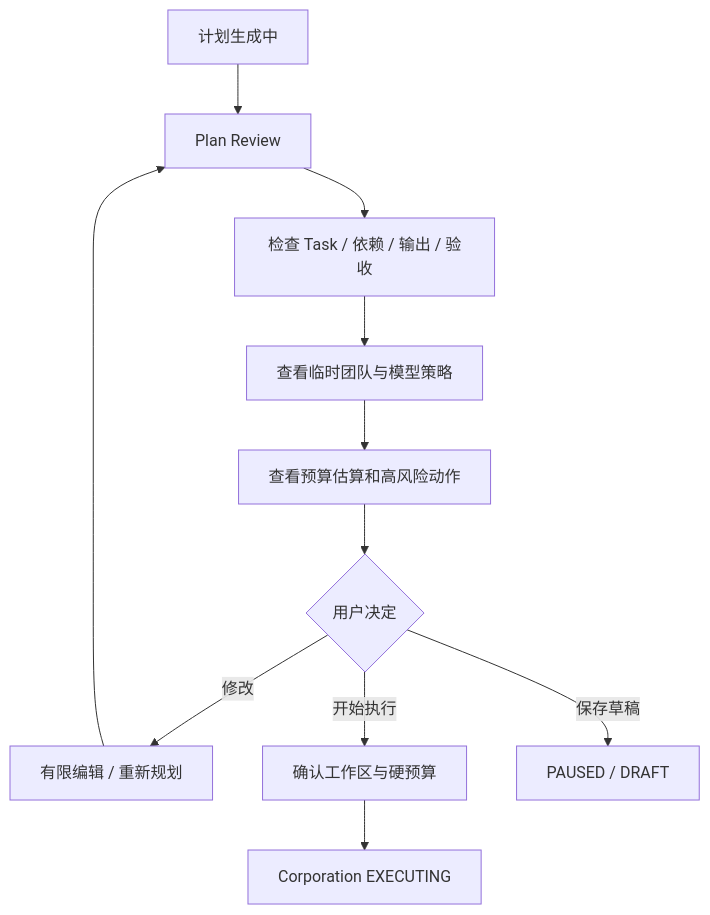
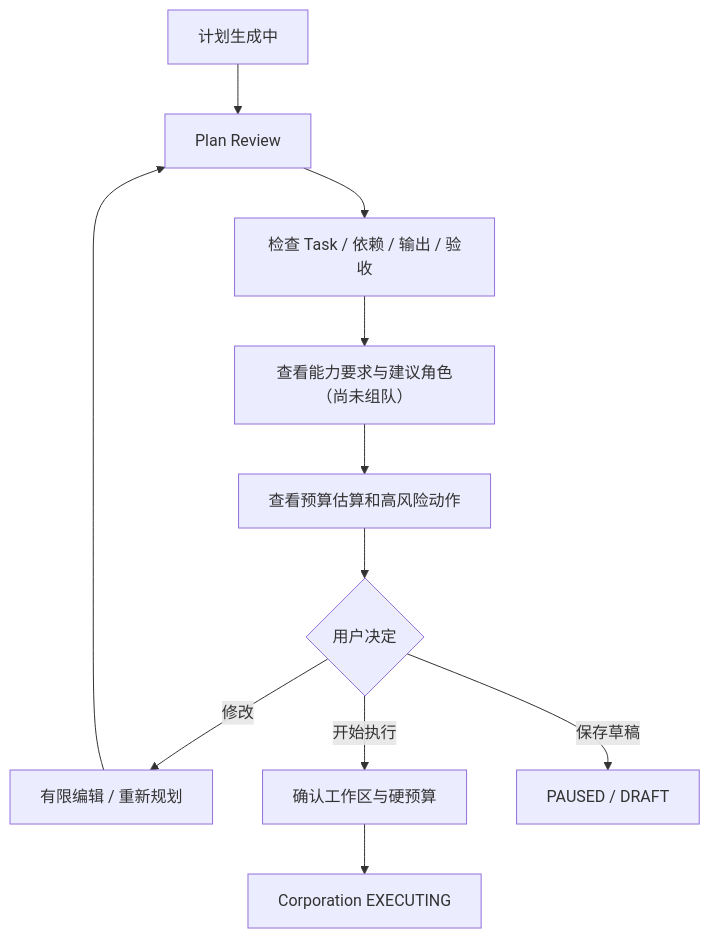
Before and after one commit to banyueban/ai-corporation: the third of 8 diagrams in docs/07-ui/Core-User-Flows.md, drawn with Mermaid. The commit also changed 35 other files, not shown here.

````diff
--- a/docs/07-ui/Core-User-Flows.md
+++ b/docs/07-ui/Core-User-Flows.md
@@ -96,13 +96,13 @@
 ```mermaid
 flowchart TD
     A["计划生成中"] --> B["Plan Review"]
     B --> C["检查 Task / 依赖 / 输出 / 验收"]
-    C --> D["查看临时团队与模型策略"]
+    C --> D["查看能力要求与建议角色（尚未组队）"]
     D --> E["查看预算估算和高风险动作"]
     E --> F{"用户决定"}
     F -->|修改| G["有限编辑 / 重新规划"]
     G --> B
     F -->|开始执行| H["确认工作区与硬预算"]
     H --> I["Corporation EXECUTING"]
     F -->|保存草稿| J["PAUSED / DRAFT"]
 ```
````
